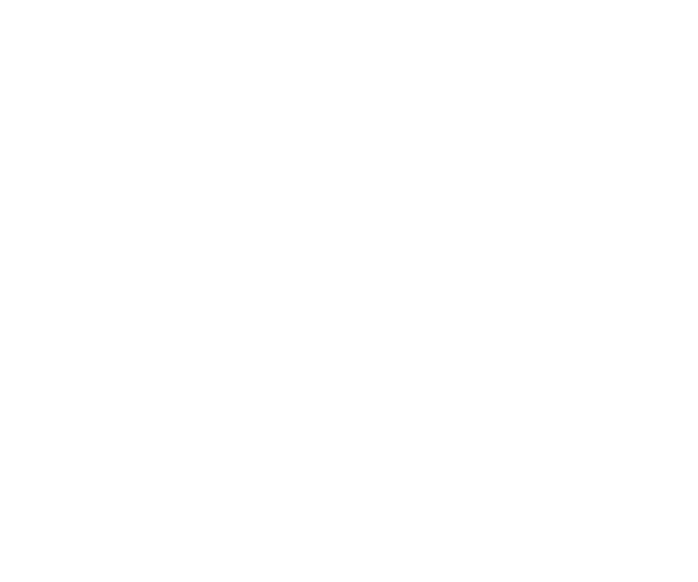
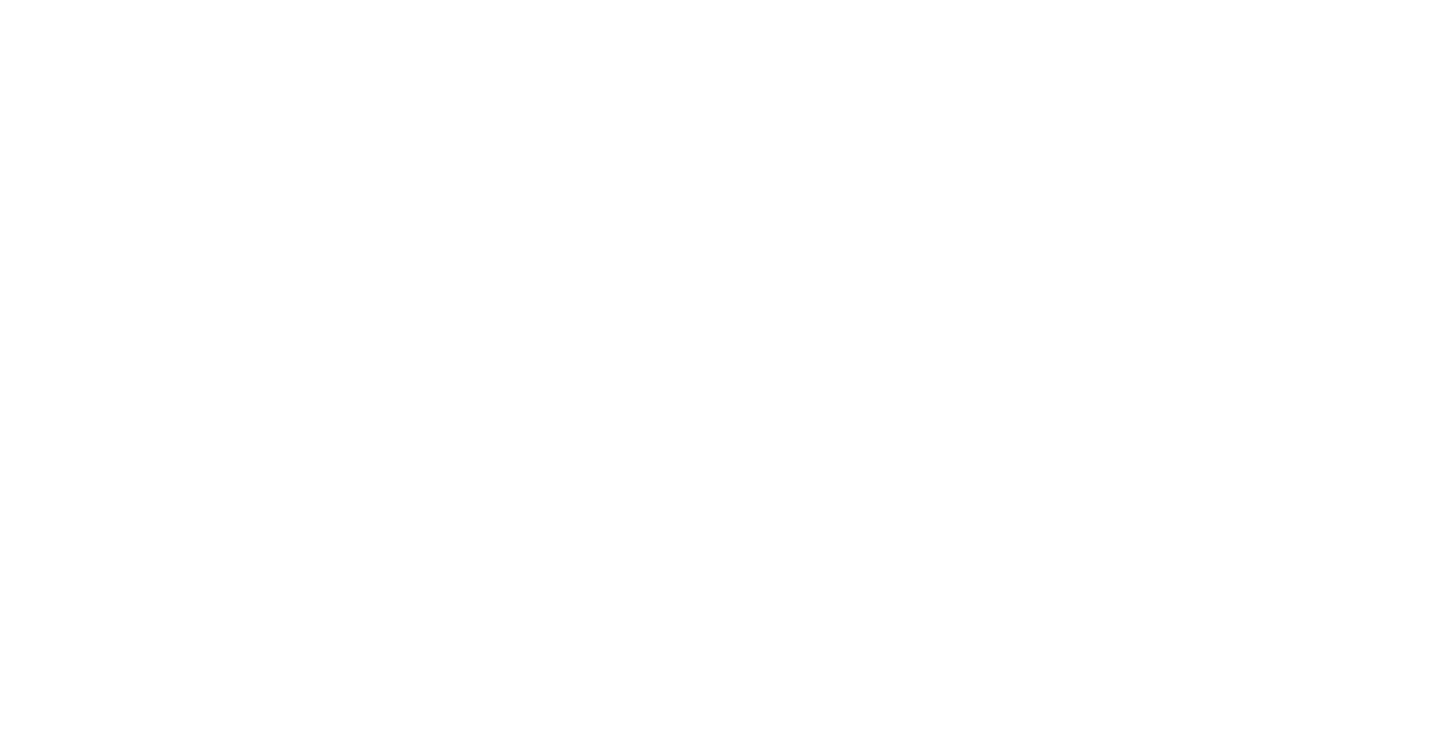
The diagram in data/graph.dot (dodokek/Derivative-Calculator), drawn with Graphviz before and after one commit. The commit also changed 7 other files, not shown here.

```diff
--- a/data/graph.dot
+++ b/data/graph.dot
@@ -1,37 +1,61 @@
 
     digraph g {
         dpi      = 200;
         fontname = "Comic Sans MS";
         fontsize = 20;
         rankdir   =  TB;
         edge [color = darkgrey, arrowhead = onormal, arrowsize = 1, penwidth = 1.2]
         graph[fillcolor = lightgreen, ranksep = 1.3, nodesep = 0.5,
         style = "rounded, filled",color = green, penwidth = 2]
 
-    Node0000026fa0d764c0[shape=record, width=0.2, style="filled", color="red", fillcolor="lightblue",label=" {Type: operation | value: +}"] 
+    Node000001c4e26d61f0[shape=record, width=0.2, style="filled", color="red", fillcolor="lightblue",label=" {Type: operation | value: +}"] 
  
-Node0000026fa0d76250[shape=record, width=0.2, style="filled", color="red", fillcolor="lightblue",label=" {Type: operation | value: +}"] 
+Node000001c4e26d61c0[shape=record, width=0.2, style="filled", color="red", fillcolor="lightblue",label=" {Type: operation | value: +}"] 
  
-Node0000026fa0d762e0[shape=record, width=0.2, style="filled", color="red", fillcolor="lightblue",label=" {Type: operation | value: +}"] 
+Node000001c4e26d6220[shape=record, width=0.2, style="filled", color="red", fillcolor="lightblue",label=" {Type: operation | value: +}"] 
  
-Node0000026fa0d76490[shape=record, width=0.2, style="filled", color="red", fillcolor="lightblue",label=" {Type: number | value: 1}"] 
+Node000001c4e26d62e0[shape=record, width=0.2, style="filled", color="red", fillcolor="lightblue",label=" {Type: operation | value: \cdot}"] 
  
-Node0000026fa0d76460[shape=record, width=0.2, style="filled", color="red", fillcolor="lightblue",label=" {Type: number | value: 0}"] 
+Node000001c4e26d62b0[shape=record, width=0.2, style="filled", color="red", fillcolor="lightblue",label=" {Type: number | value: 1}"] 
  
-Node0000026fa0d71ae0[shape=record, width=0.2, style="filled", color="red", fillcolor="lightblue",label=" {Type: operation | value: +}"] 
+Node000001c4e26d6190[shape=record, width=0.2, style="filled", color="red", fillcolor="lightblue",label=" {Type: number | value: 2}"] 
  
-Node0000026fa0d71ab0[shape=record, width=0.2, style="filled", color="red", fillcolor="lightblue",label=" {Type: number | value: 1}"] 
+Node000001c4e26d6460[shape=record, width=0.2, style="filled", color="red", fillcolor="lightblue",label=" {Type: operation | value: \cdot}"] 
  
-Node0000026fa0d71a80[shape=record, width=0.2, style="filled", color="red", fillcolor="lightblue",label=" {Type: number | value: 0}"] 
+Node000001c4e26d6370[shape=record, width=0.2, style="filled", color="red", fillcolor="lightblue",label=" {Type: variable | value: X}"] 
  
-Node0000026fa0d714b0[shape=record, width=0.2, style="filled", color="red", fillcolor="lightblue",label=" {Type: number | value: 0}"] 
+Node000001c4e26d6430[shape=record, width=0.2, style="filled", color="red", fillcolor="lightblue",label=" {Type: number | value: 0}"] 
  
-Node0000026fa0d764c0->Node0000026fa0d76250
-Node0000026fa0d76250->Node0000026fa0d762e0
-Node0000026fa0d762e0->Node0000026fa0d76490
-Node0000026fa0d762e0->Node0000026fa0d76460
-Node0000026fa0d76250->Node0000026fa0d71ae0
-Node0000026fa0d71ae0->Node0000026fa0d71ab0
-Node0000026fa0d71ae0->Node0000026fa0d71a80
-Node0000026fa0d764c0->Node0000026fa0d714b0
+Node000001c4e26d6340[shape=record, width=0.2, style="filled", color="red", fillcolor="lightblue",label=" {Type: operation | value: +}"] 
+ 
+Node000001c4e26d6250[shape=record, width=0.2, style="filled", color="red", fillcolor="lightblue",label=" {Type: operation | value: \cdot}"] 
+ 
+Node000001c4e26d6280[shape=record, width=0.2, style="filled", color="red", fillcolor="lightblue",label=" {Type: number | value: 1}"] 
+ 
+Node000001c4e26d64f0[shape=record, width=0.2, style="filled", color="red", fillcolor="lightblue",label=" {Type: number | value: 2}"] 
+ 
+Node000001c4e26d1ae0[shape=record, width=0.2, style="filled", color="red", fillcolor="lightblue",label=" {Type: operation | value: \cdot}"] 
+ 
+Node000001c4e26d1ab0[shape=record, width=0.2, style="filled", color="red", fillcolor="lightblue",label=" {Type: variable | value: X}"] 
+ 
+Node000001c4e26d1a80[shape=record, width=0.2, style="filled", color="red", fillcolor="lightblue",label=" {Type: number | value: 0}"] 
+ 
+Node000001c4e26d14b0[shape=record, width=0.2, style="filled", color="red", fillcolor="lightblue",label=" {Type: number | value: 0}"] 
+ 
+Node000001c4e26d61f0->Node000001c4e26d61c0
+Node000001c4e26d61c0->Node000001c4e26d6220
+Node000001c4e26d6220->Node000001c4e26d62e0
+Node000001c4e26d62e0->Node000001c4e26d62b0
+Node000001c4e26d62e0->Node000001c4e26d6190
+Node000001c4e26d6220->Node000001c4e26d6460
+Node000001c4e26d6460->Node000001c4e26d6370
+Node000001c4e26d6460->Node000001c4e26d6430
+Node000001c4e26d61c0->Node000001c4e26d6340
+Node000001c4e26d6340->Node000001c4e26d6250
+Node000001c4e26d6250->Node000001c4e26d6280
+Node000001c4e26d6250->Node000001c4e26d64f0
+Node000001c4e26d6340->Node000001c4e26d1ae0
+Node000001c4e26d1ae0->Node000001c4e26d1ab0
+Node000001c4e26d1ae0->Node000001c4e26d1a80
+Node000001c4e26d61f0->Node000001c4e26d14b0
 }
```
